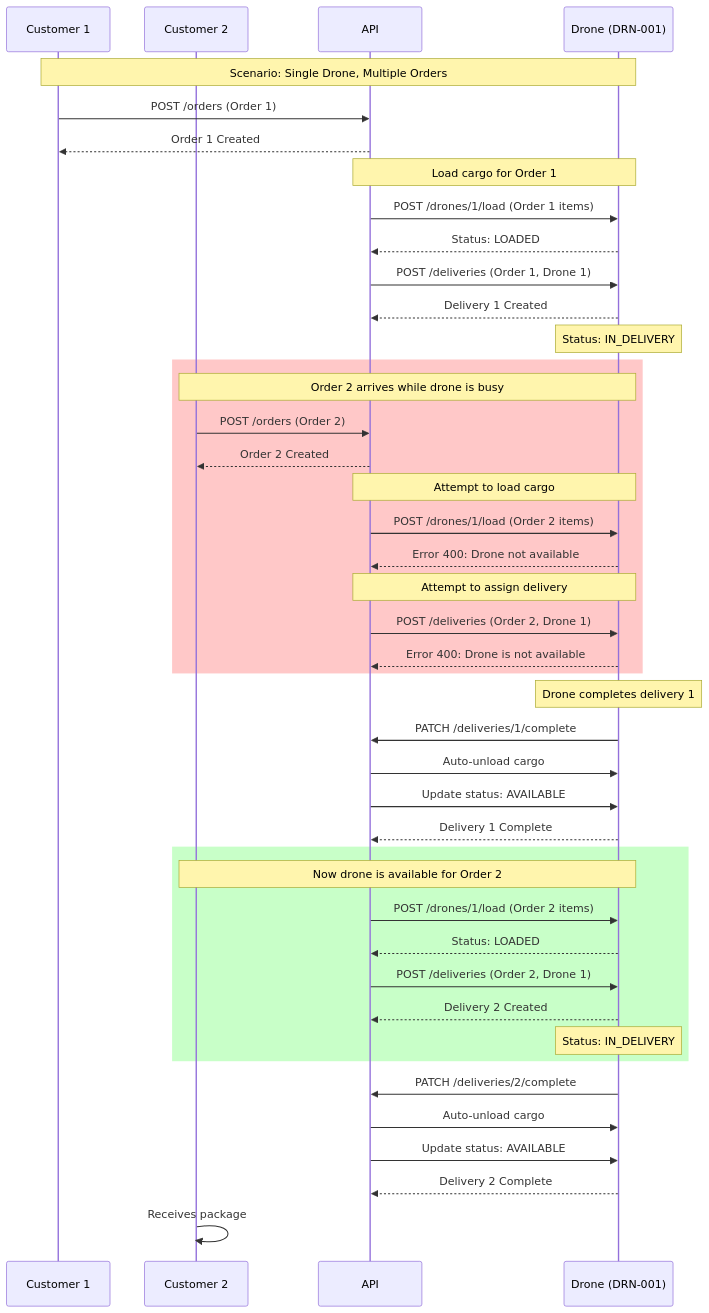
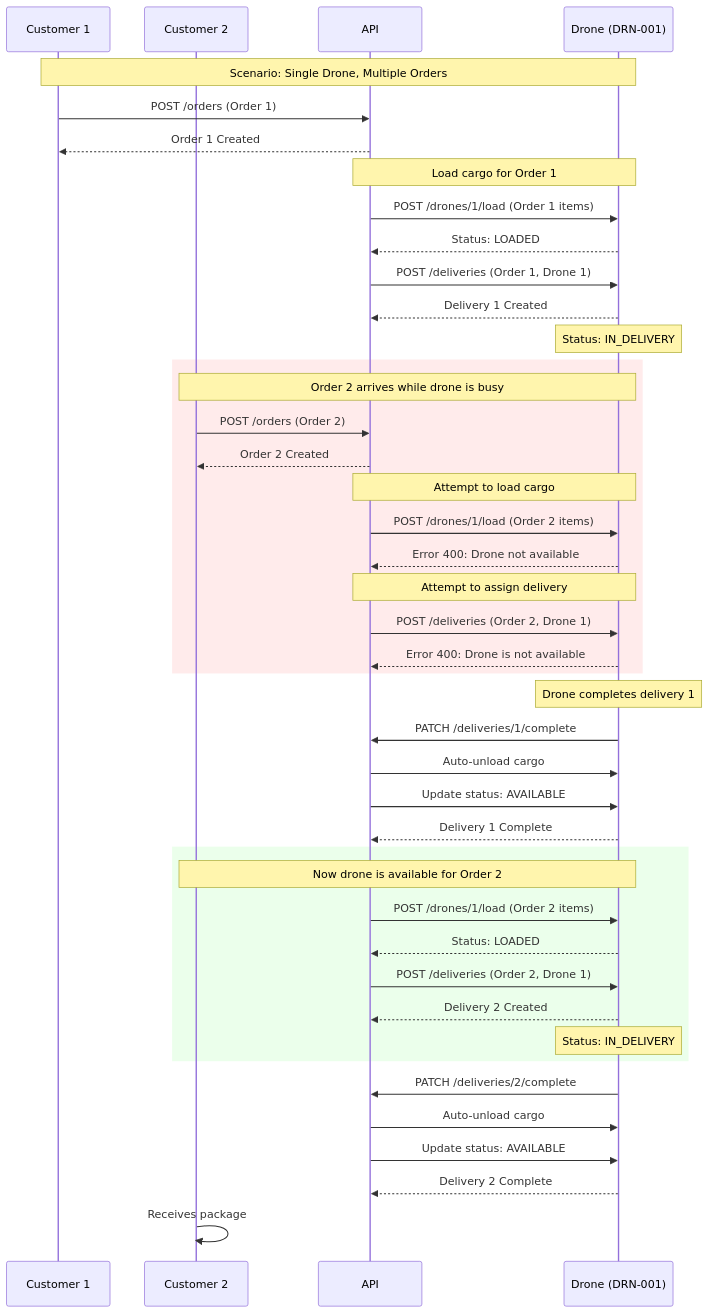
The fifth of 6 diagrams in README.md (Murmellow/drone-delivery-api), drawn with Mermaid before and after one commit. The commit also changed other lines of this file, not shown here.

First line of the commit message:
Docs: Improve diagram color readability

````diff
--- a/README.md
+++ b/README.md
@@ -265,56 +265,56 @@
 ```mermaid
 sequenceDiagram
     participant C1 as Customer 1
     participant C2 as Customer 2
     participant API as API
     participant D as Drone (DRN-001)
     
     Note over C1,D: Scenario: Single Drone, Multiple Orders
     
     C1->>API: POST /orders (Order 1)
     API-->>C1: Order 1 Created
     
     Note over API,D: Load cargo for Order 1
     API->>D: POST /drones/1/load (Order 1 items)
     D-->>API: Status: LOADED
     
     API->>D: POST /deliveries (Order 1, Drone 1)
     D-->>API: Delivery 1 Created
     Note over D: Status: IN_DELIVERY
     
-    rect rgb(255, 200, 200)
+    rect rgb(255, 235, 235)
         Note over C2,D: Order 2 arrives while drone is busy
         C2->>API: POST /orders (Order 2)
         API-->>C2: Order 2 Created
         
         Note over API,D: Attempt to load cargo
         API->>D: POST /drones/1/load (Order 2 items)
         D-->>API: Error 400: Drone not available
         
         Note over API,D: Attempt to assign delivery
         API->>D: POST /deliveries (Order 2, Drone 1)
         D-->>API: Error 400: Drone is not available
     end
     
     Note over D: Drone completes delivery 1
     D->>API: PATCH /deliveries/1/complete
     API->>D: Auto-unload cargo
     API->>D: Update status: AVAILABLE
     D-->>API: Delivery 1 Complete
     
-    rect rgb(200, 255, 200)
+    rect rgb(235, 255, 235)
         Note over C2,D: Now drone is available for Order 2
         API->>D: POST /drones/1/load (Order 2 items)
         D-->>API: Status: LOADED
         
         API->>D: POST /deliveries (Order 2, Drone 1)
         D-->>API: Delivery 2 Created
         Note over D: Status: IN_DELIVERY
     end
     
     D->>API: PATCH /deliveries/2/complete
     API->>D: Auto-unload cargo
     API->>D: Update status: AVAILABLE
     D-->>API: Delivery 2 Complete
     C2->>C2: Receives package
 ```
````
